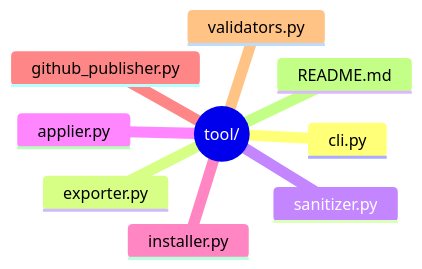
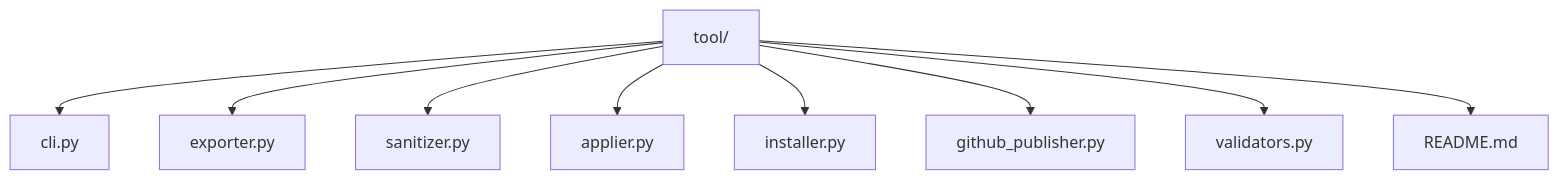
Diagram 12 of 14 in docs/Inventory/Omniforge-Inventory.md (Runndownn/Omniforge), drawn with Mermaid before and after one commit. The commit also changed other lines of this file and 5 other files, not shown here.

````diff
--- a/docs/Inventory/Omniforge-Inventory.md
+++ b/docs/Inventory/Omniforge-Inventory.md
@@ -360,12 +353,11 @@
 ```mermaid
-mindmap
-    root((tool/))
-        cli.py
-        exporter.py
-        sanitizer.py
-        applier.py
-        installer.py
-        github_publisher.py
-        validators.py
-        README.md
+flowchart TD
+    TOOL[tool/] --> TOOL_CLI[cli.py]
+    TOOL --> TOOL_EXP[exporter.py]
+    TOOL --> TOOL_SAN[sanitizer.py]
+    TOOL --> TOOL_AP[applier.py]
+    TOOL --> TOOL_INST[installer.py]
+    TOOL --> TOOL_PUB[github_publisher.py]
+    TOOL --> TOOL_VAL[validators.py]
+    TOOL --> TOOL_README[README.md]
 ```
````
